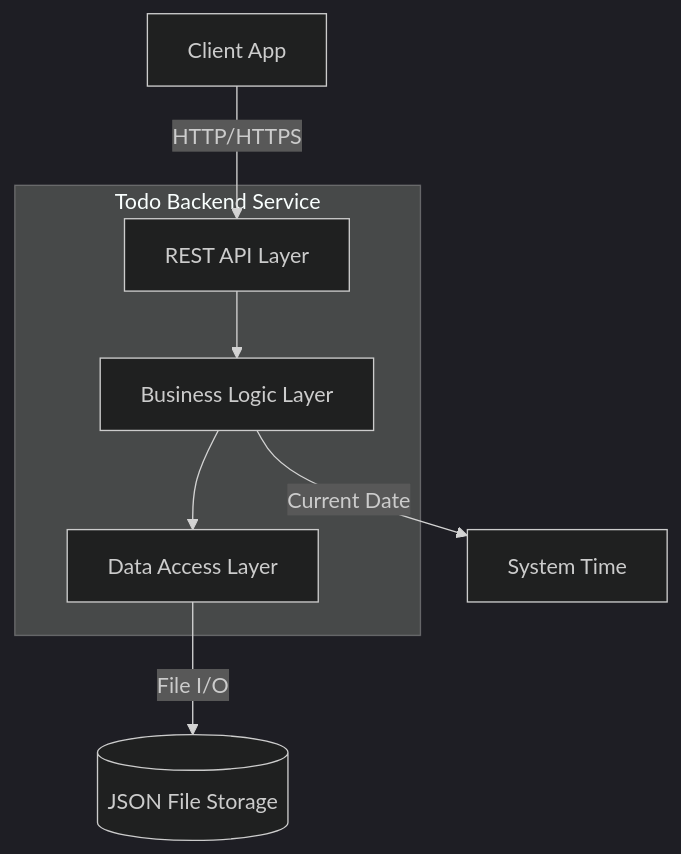
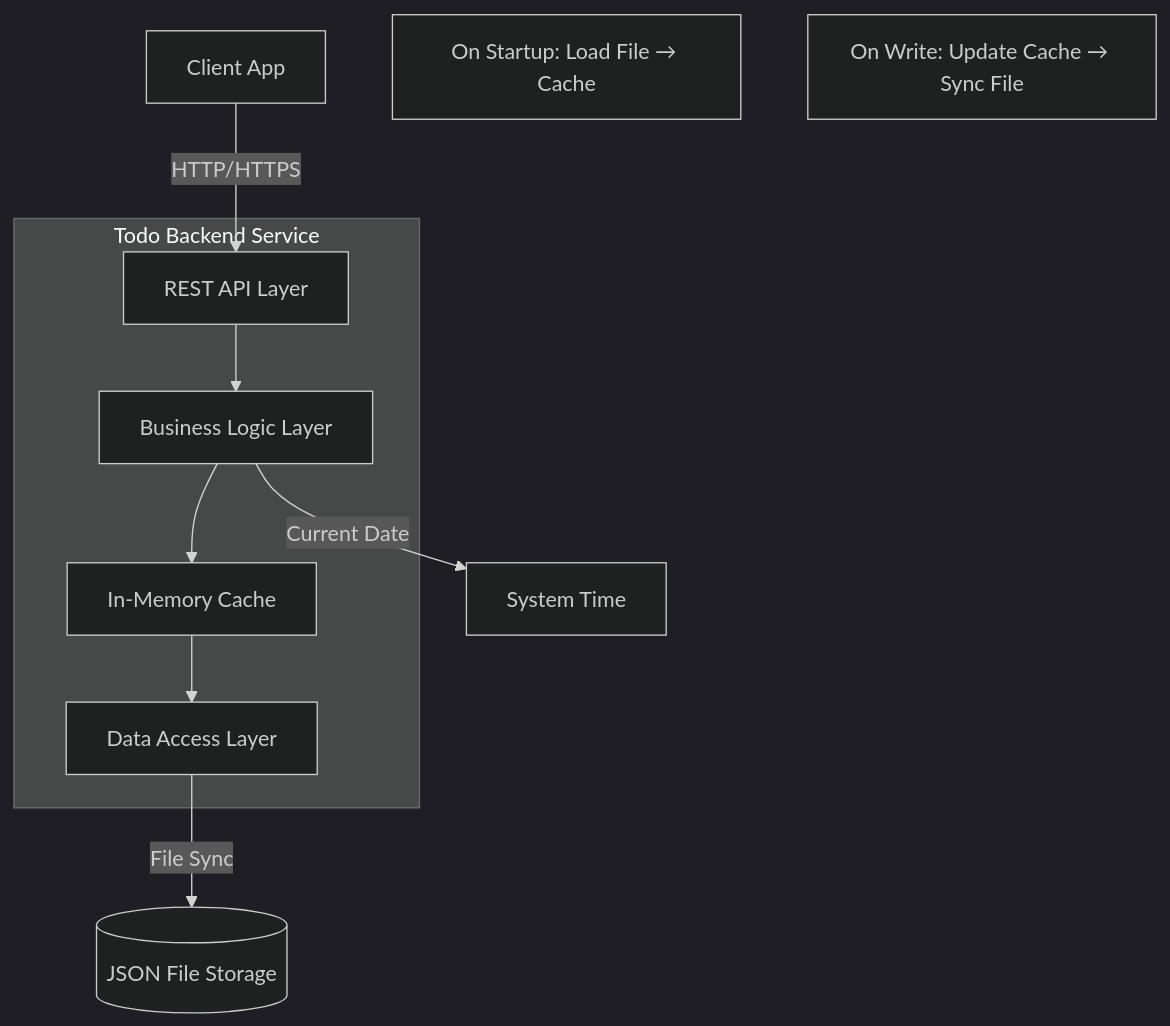
Before and after one commit to midearth-labs/web-agent-protocol: the second of 11 diagrams in todo-app/docs/design/hld.md, drawn with Mermaid (dark theme). The commit also changed other lines of this file and 2 other files, not shown here.

````diff
--- a/todo-app/docs/design/hld.md
+++ b/todo-app/docs/design/hld.md
@@ -28,15 +28,20 @@
 ```mermaid
 graph TB
     subgraph "Todo Backend Service"
         API[REST API Layer]
         BL[Business Logic Layer]
+        Cache[In-Memory Cache]
         DL[Data Access Layer]
         
         API --> BL
-        BL --> DL
+        BL --> Cache
+        Cache --> DL
     end
     
     Client[Client App] -->|HTTP/HTTPS| API
-    DL -->|File I/O| FS[(JSON File Storage)]
+    DL -->|File Sync| FS[(JSON File Storage)]
     BL -->|Current Date| Time[System Time]
+    
+    note1[On Startup: Load File → Cache]
+    note2[On Write: Update Cache → Sync File]
 ```
````
